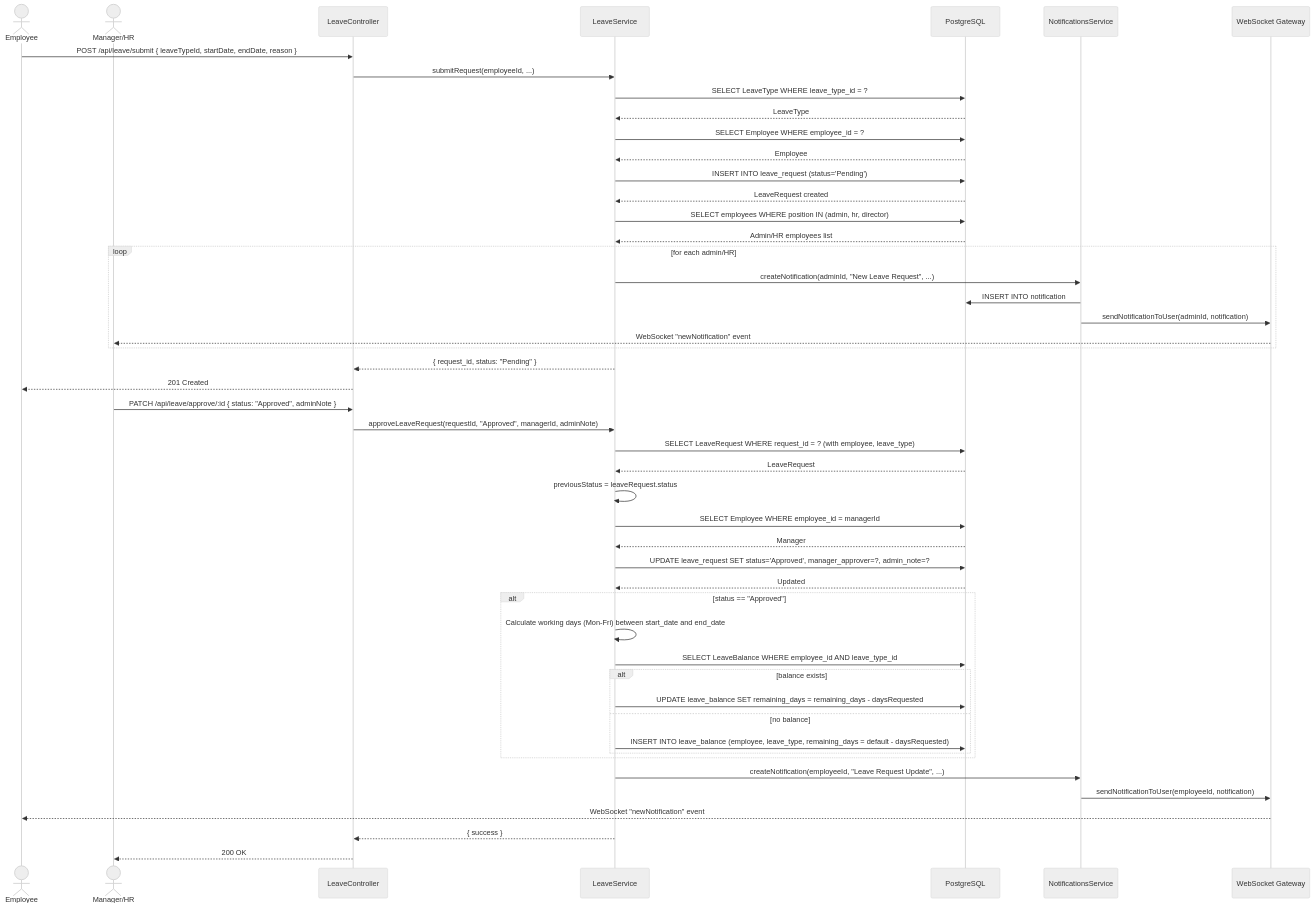
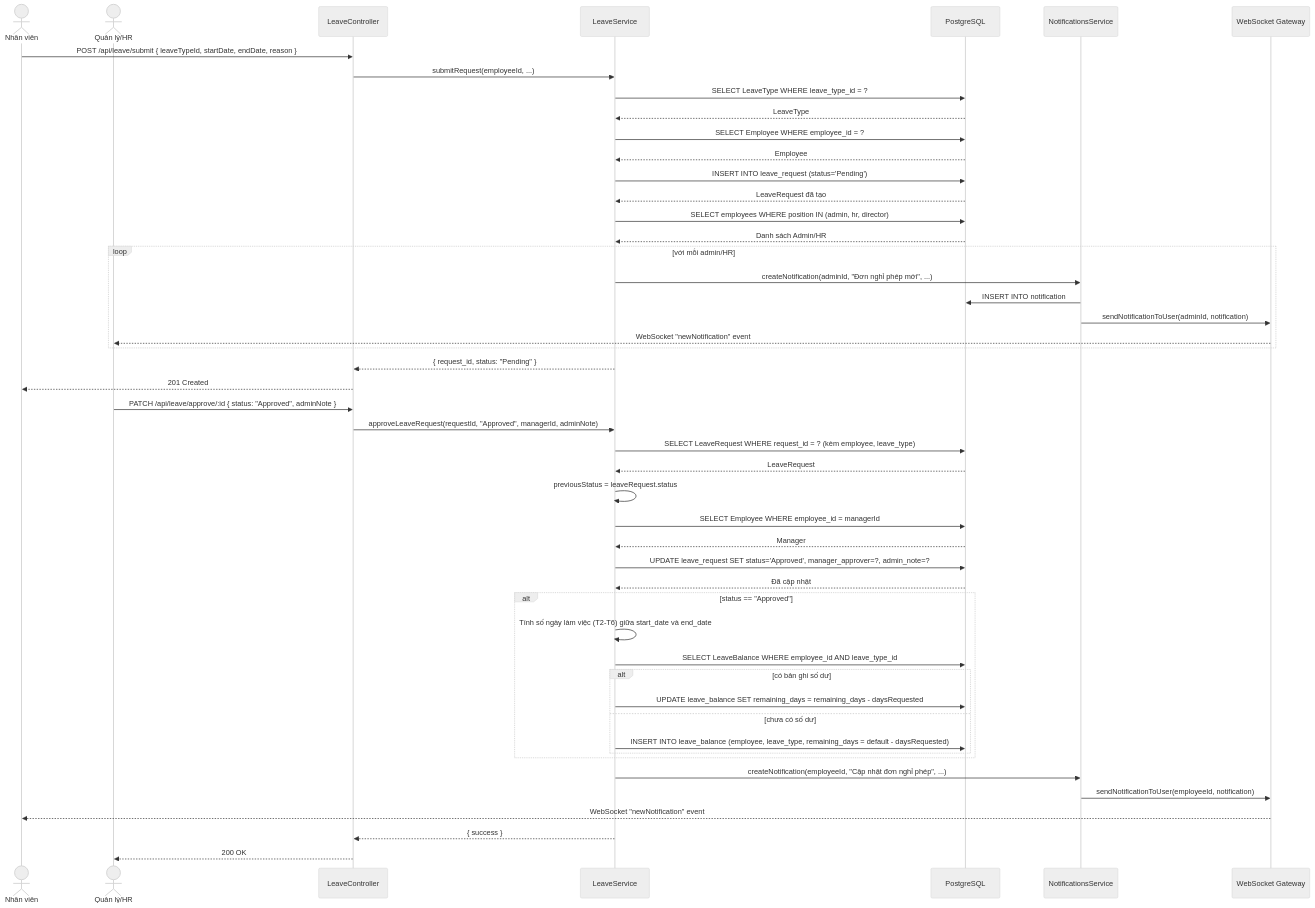
One commit to Luo-Zhii/HRM-Gene changed the second of 16 diagrams in docs/sequence-diagrams.md. Above: the diagram before and after it, drawn with Mermaid (neutral theme). The commit also changed other lines of this file and 3 other files, not shown here.

````diff
--- a/docs/sequence-diagrams.md
+++ b/docs/sequence-diagrams.md
@@ -43,58 +43,58 @@
 ```mermaid
 sequenceDiagram
-    actor E as Employee
-    actor M as Manager/HR
+    actor E as Nhân viên
+    actor M as Quản lý/HR
     participant LC as LeaveController
     participant LS as LeaveService
     participant DB as PostgreSQL
     participant NS as NotificationsService
     participant GW as WebSocket Gateway
 
-    %% ── Submit ──
+    %% ── Nộp đơn ──
     E->>LC: POST /api/leave/submit { leaveTypeId, startDate, endDate, reason }
     LC->>LS: submitRequest(employeeId, ...)
     LS->>DB: SELECT LeaveType WHERE leave_type_id = ?
     DB-->>LS: LeaveType
     LS->>DB: SELECT Employee WHERE employee_id = ?
     DB-->>LS: Employee
     LS->>DB: INSERT INTO leave_request (status='Pending')
-    DB-->>LS: LeaveRequest created
+    DB-->>LS: LeaveRequest đã tạo
 
     LS->>DB: SELECT employees WHERE position IN (admin, hr, director)
-    DB-->>LS: Admin/HR employees list
-    loop for each admin/HR
-        LS->>NS: createNotification(adminId, "New Leave Request", ...)
+    DB-->>LS: Danh sách Admin/HR
+    loop với mỗi admin/HR
+        LS->>NS: createNotification(adminId, "Đơn nghỉ phép mới", ...)
         NS->>DB: INSERT INTO notification
         NS->>GW: sendNotificationToUser(adminId, notification)
         GW-->>M: WebSocket "newNotification" event
     end
     LS-->>LC: { request_id, status: "Pending" }
     LC-->>E: 201 Created
 
-    %% ── Approve ──
+    %% ── Duyệt ──
     M->>LC: PATCH /api/leave/approve/:id { status: "Approved", adminNote }
     LC->>LS: approveLeaveRequest(requestId, "Approved", managerId, adminNote)
-    LS->>DB: SELECT LeaveRequest WHERE request_id = ? (with employee, leave_type)
+    LS->>DB: SELECT LeaveRequest WHERE request_id = ? (kèm employee, leave_type)
     DB-->>LS: LeaveRequest
     LS->>LS: previousStatus = leaveRequest.status
     LS->>DB: SELECT Employee WHERE employee_id = managerId
     DB-->>LS: Manager
     LS->>DB: UPDATE leave_request SET status='Approved', manager_approver=?, admin_note=?
-    DB-->>LS: Updated
+    DB-->>LS: Đã cập nhật
 
     alt status == "Approved"
-        LS->>LS: Calculate working days (Mon-Fri) between start_date and end_date
+        LS->>LS: Tính số ngày làm việc (T2-T6) giữa start_date và end_date
         LS->>DB: SELECT LeaveBalance WHERE employee_id AND leave_type_id
-        alt balance exists
+        alt có bản ghi số dư
             LS->>DB: UPDATE leave_balance SET remaining_days = remaining_days - daysRequested
-        else no balance
+        else chưa có số dư
             LS->>DB: INSERT INTO leave_balance (employee, leave_type, remaining_days = default - daysRequested)
         end
     end
 
-    LS->>NS: createNotification(employeeId, "Leave Request Update", ...)
+    LS->>NS: createNotification(employeeId, "Cập nhật đơn nghỉ phép", ...)
     NS->>GW: sendNotificationToUser(employeeId, notification)
     GW-->>E: WebSocket "newNotification" event
     LS-->>LC: { success }
     LC-->>M: 200 OK
 ```
````
